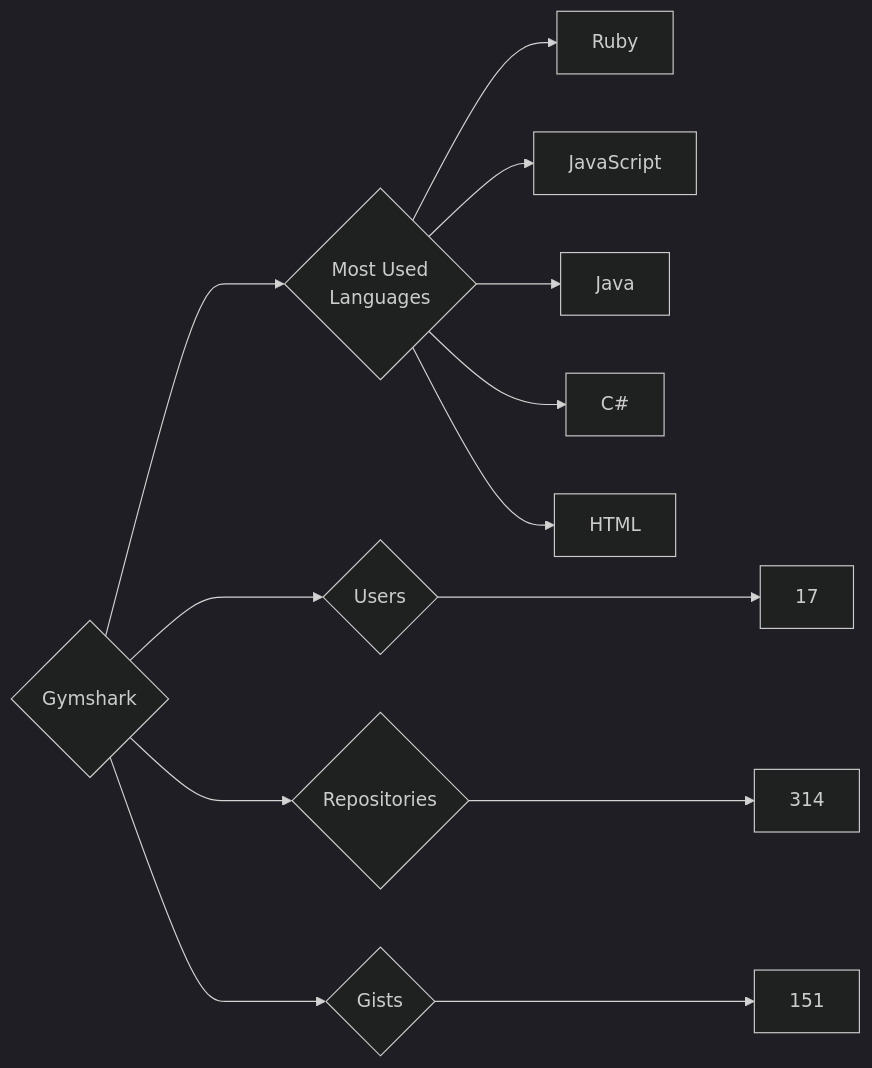
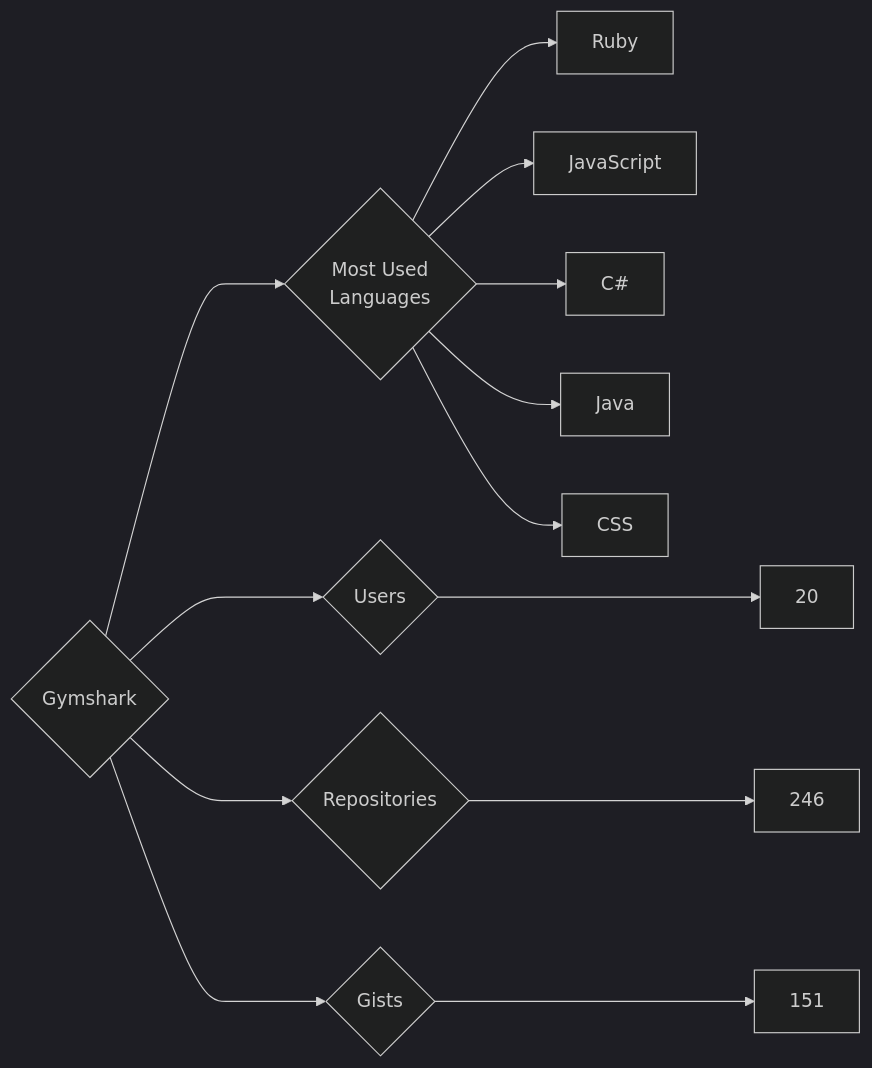
Before and after one commit to trickest/insiders: the diagram in targets/Gymshark/README.md, drawn with Mermaid (dark theme). The commit also changed 545 other files, not shown here.

````diff
--- a/targets/Gymshark/README.md
+++ b/targets/Gymshark/README.md
@@ -3,13 +3,13 @@
 ```mermaid
 graph LR
 COMPANY_NAME{Gymshark}
-COMPANY_NAME ---> U{Users} ---> UN[17]
-COMPANY_NAME ---> R{Repositories} ---> RN[314]
+COMPANY_NAME ---> U{Users} ---> UN[20]
+COMPANY_NAME ---> R{Repositories} ---> RN[246]
 COMPANY_NAME ---> G{Gists} ---> GN[151]
 COMPANY_NAME ---> ML{Most Used<br>Languages}
 ML --> Ruby[Ruby]
 ML --> JavaScript[JavaScript]
+ML --> C#[C#]
 ML --> Java[Java]
-ML --> C#[C#]
-ML --> HTML[HTML]
+ML --> CSS[CSS]
 ```
````
